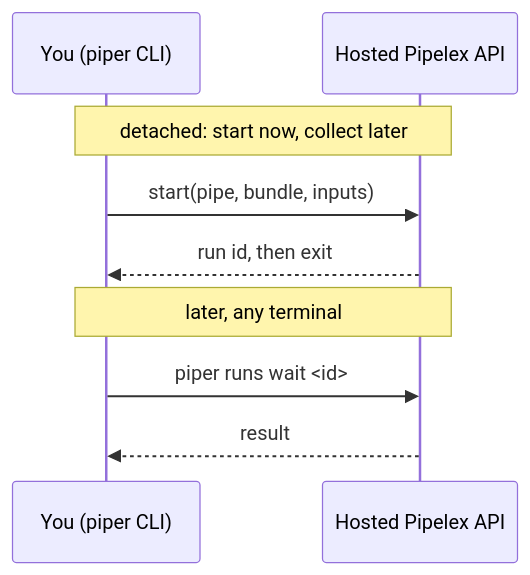
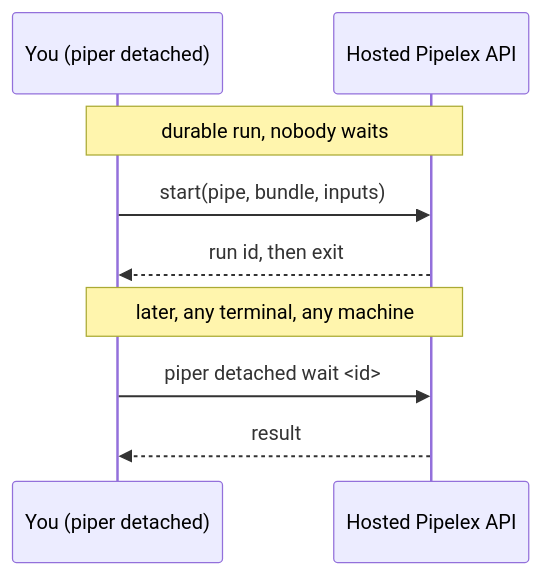
The fifth of 5 diagrams in README.md (Pipelex/pipelex-starter-python), drawn with Mermaid before and after one commit. The commit also changed other lines of this file and 27 other files, not shown here.

First line of the commit message:
feat: introduce detached CLI mode for durable runs

````diff
--- a/README.md
+++ b/README.md
@@ -209,11 +233,11 @@
 ```mermaid
 sequenceDiagram
-    participant U as You (piper CLI)
+    participant U as You (piper detached)
     participant API as Hosted Pipelex API
-    Note over U,API: detached: start now, collect later
+    Note over U,API: durable run, nobody waits
     U->>API: start(pipe, bundle, inputs)
     API-->>U: run id, then exit
-    Note over U,API: later, any terminal
-    U->>API: piper runs wait <id>
+    Note over U,API: later, any terminal, any machine
+    U->>API: piper detached wait <id>
     API-->>U: result
 ```
````
